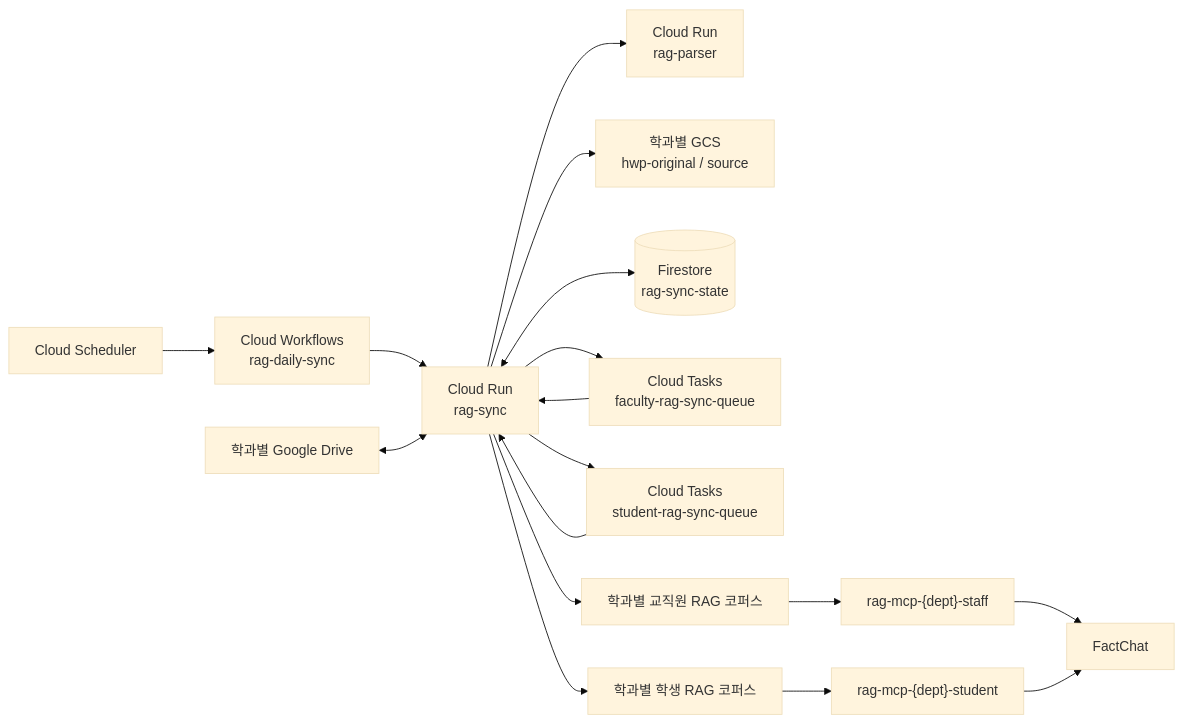
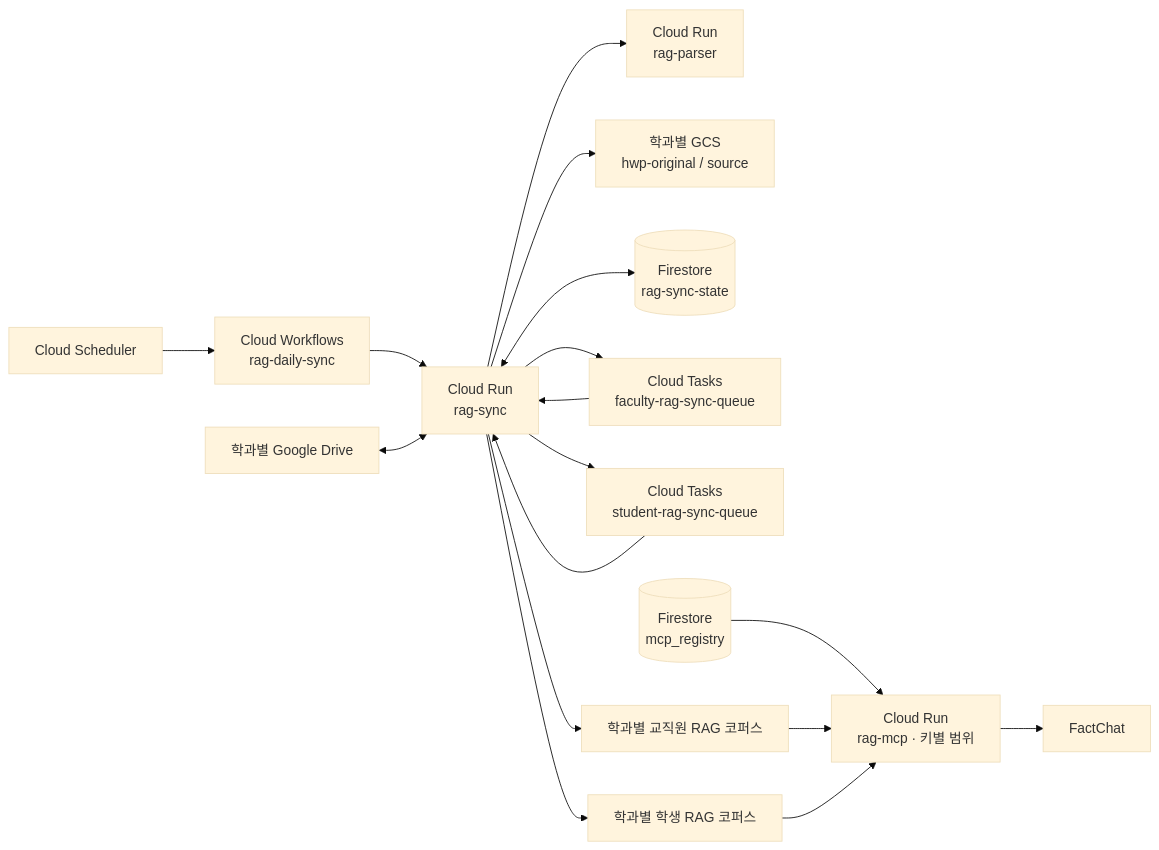
One commit to 0525gus/gcp_rag changed the diagram in docs/DEV_SPEC.md. Above: the diagram before and after it, drawn with Mermaid (base theme). The commit also changed other lines of this file and 81 other files, not shown here.

````diff
--- a/docs/DEV_SPEC.md
+++ b/docs/DEV_SPEC.md
@@ -35,19 +33,21 @@
 ```mermaid
 flowchart LR
     SCH[Cloud Scheduler] --> WF[Cloud Workflows\nrag-daily-sync]
     WF --> SYNC[Cloud Run\nrag-sync]
     DRIVE[학과별 Google Drive] <--> SYNC
     SYNC --> PARSER[Cloud Run\nrag-parser]
     SYNC --> GCS[학과별 GCS\nhwp-original / source]
     SYNC <--> FS[(Firestore\nrag-sync-state)]
     SYNC --> QF[Cloud Tasks\nfaculty-rag-sync-queue]
     SYNC --> QS[Cloud Tasks\nstudent-rag-sync-queue]
     QF --> SYNC
     QS --> SYNC
     SYNC --> RF[학과별 교직원 RAG 코퍼스]
     SYNC --> RS[학과별 학생 RAG 코퍼스]
-    RF --> MF["rag-mcp-{dept}-staff"]
-    RS --> MS["rag-mcp-{dept}-student"]
-    MF --> FC[FactChat]
-    MS --> FC
+    REG[(Firestore
+mcp_registry)] --> MCP["Cloud Run
+rag-mcp · 키별 범위"]
+    RF --> MCP
+    RS --> MCP
+    MCP --> FC[FactChat]
 ```
````
